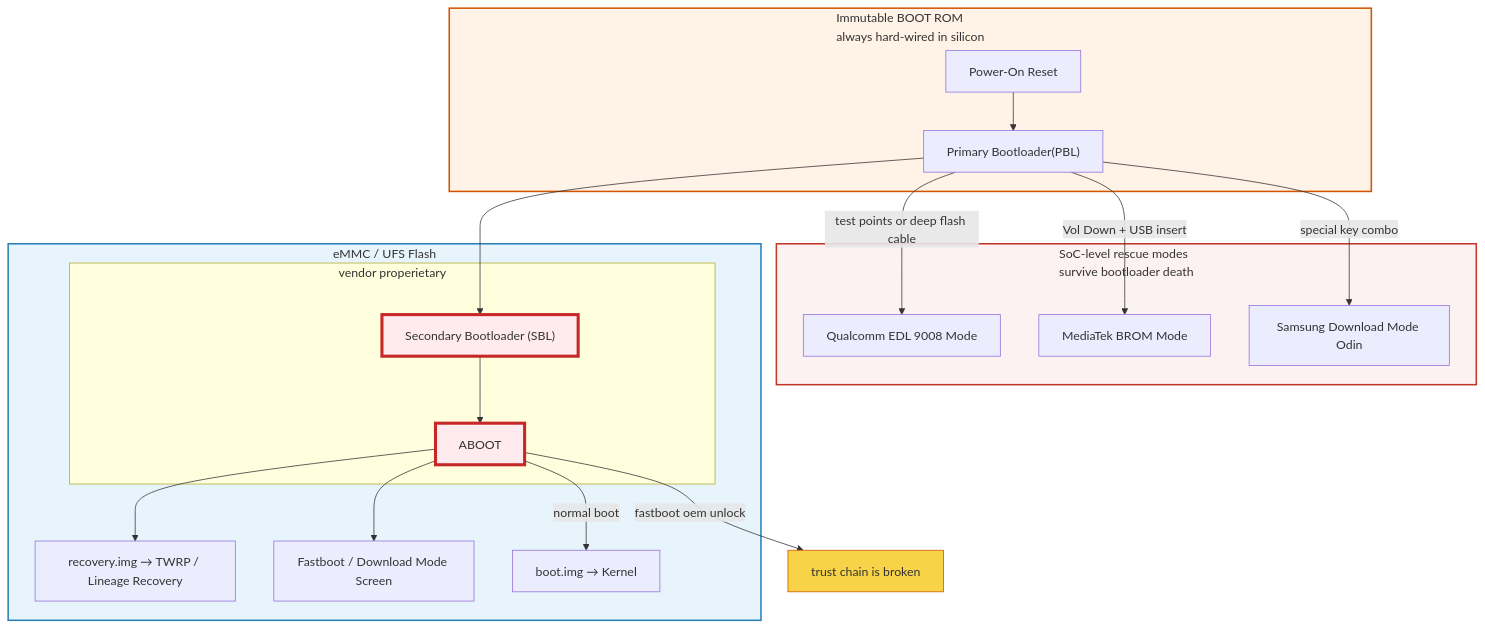
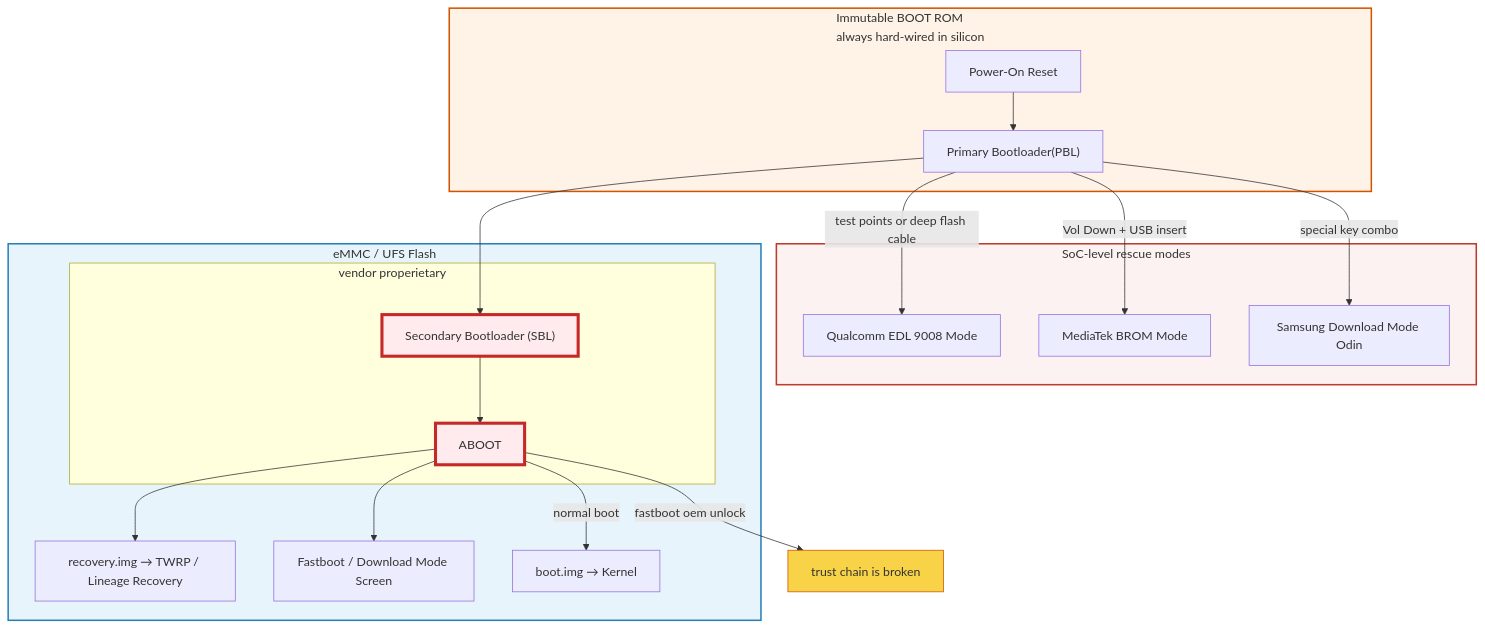
Before and after one commit to nichtsen/bootchain: the diagram in README.md, drawn with Mermaid.

````diff
--- a/README.md
+++ b/README.md
@@ -2,44 +2,44 @@
 ```mermaid
 ---
 config:
   flowchart:
     subGraphTitleMargin:
       bottom: 30
 ---
 flowchart TD
     subgraph Silicon [Immutable BOOT ROM <br> always hard-wired in silicon
 
 ]
         A[Power-On Reset] --> B["Primary Bootloader(PBL)"]
     end
 
     subgraph Flash ["eMMC / UFS Flash"]
         Par
         E[recovery.img → TWRP / Lineage Recovery]
         F[Fastboot / Download Mode Screen]
         D[boot.img → Kernel]
     end
 
-    subgraph Rescue ["SoC-level rescue modes <br> survive bootloader death"]
+    subgraph Rescue ["SoC-level rescue modes"]
         B -->|test points or deep flash cable| G[Qualcomm EDL 9008 Mode]
         B -->|Vol Down + USB insert| H[MediaTek BROM Mode]
         B -->|special key combo| I[Samsung Download Mode Odin]
     end
 
     subgraph Par["vendor properietary"]
         B --> C["Secondary Bootloader (SBL)"]
         C --> J["ABOOT"]
         J -->|normal boot| D
         J --> E
         J --> F
     end
 
     style Silicon fill:#fff2e6,stroke:#d35400,stroke-width:2px
     style Flash fill:#e8f4fc,stroke:#2980b9,stroke-width:2px
     style Rescue fill:#fdf2f2,stroke:#c0392b,stroke-width:2px
     style C fill:#ffebee,stroke:#c62828,stroke-width:4px
     style J fill:#ffebee,stroke:#c62828,stroke-width:4px
     classDef note fill:#f8d347,stroke:#d35400,stoke-width:5px
     note1["trust chain is broken"]:::note
     J -->|"fastboot oem unlock"| note1
 ```
````
